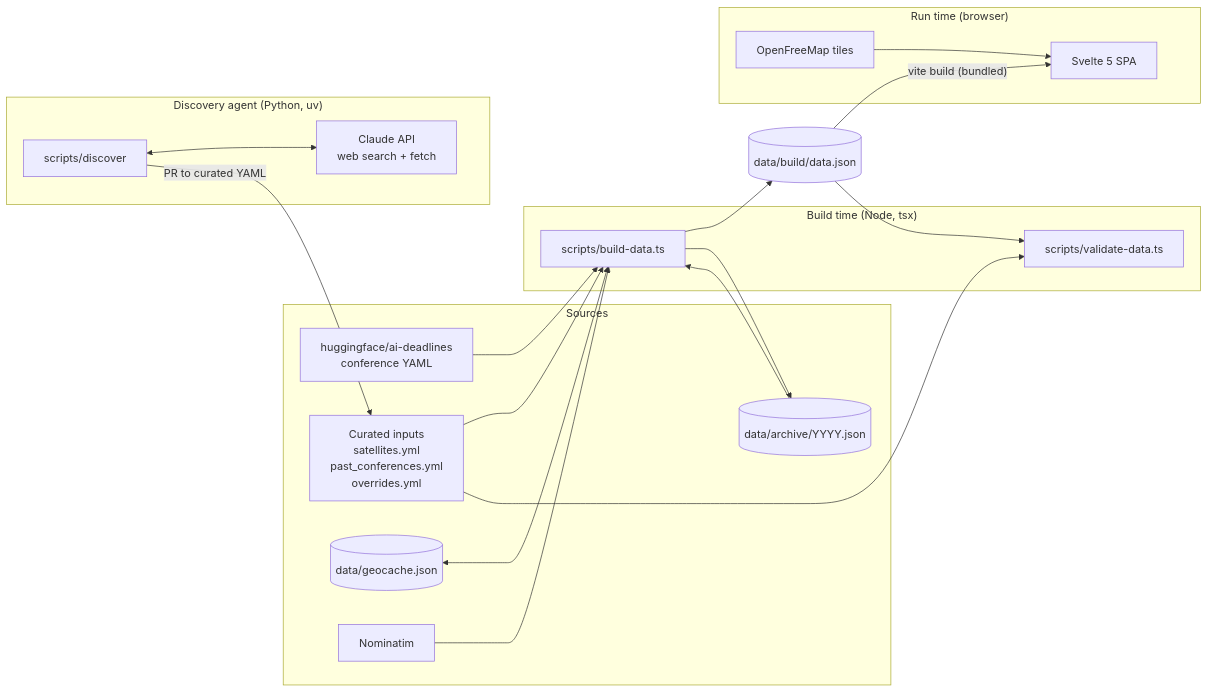
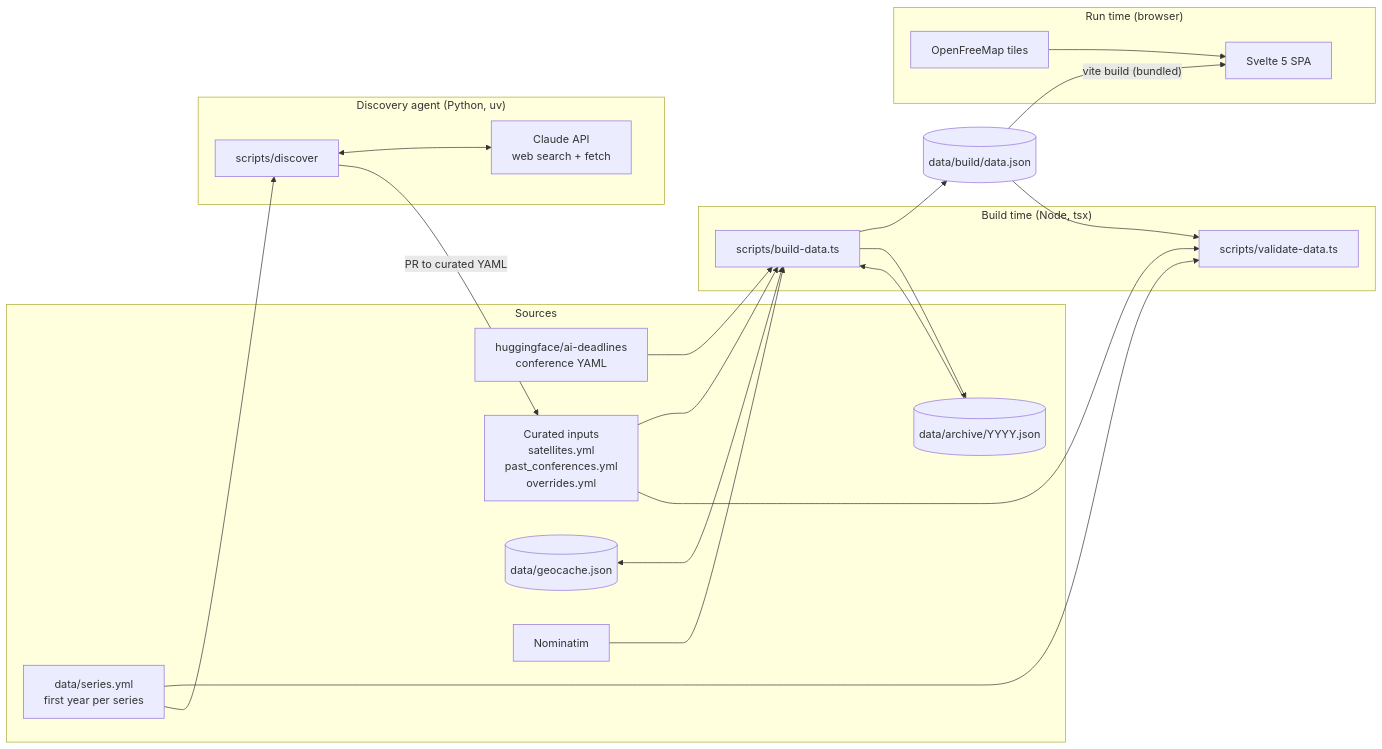
One commit to vict0rsch/confmaps changed the first of 5 diagrams in system-architecture.md. Above: the diagram before and after it, drawn with Mermaid. The commit also changed other lines of this file and 14 other files, not shown here.

First line of the commit message:
Series first years: data/series.yml and discover --since-creation

````diff
--- a/system-architecture.md
+++ b/system-architecture.md
@@ -28,41 +28,44 @@
 ```mermaid
 flowchart LR
   subgraph Sources
     HF[huggingface/ai-deadlines<br/>conference YAML]
     CUR[Curated inputs<br/>satellites.yml<br/>past_conferences.yml<br/>overrides.yml]
+    SER[data/series.yml<br/>first year per series]
     ARC[(data/archive/YYYY.json)]
     GC[(data/geocache.json)]
     NOM[Nominatim]
   end
 
   subgraph Build["Build time (Node, tsx)"]
     BD[scripts/build-data.ts]
     VD[scripts/validate-data.ts]
   end
 
   DJ[(data/build/data.json)]
 
   subgraph Agent["Discovery agent (Python, uv)"]
     DISC[scripts/discover]
     CL[Claude API<br/>web search + fetch]
   end
 
   subgraph App["Run time (browser)"]
     SPA[Svelte 5 SPA]
     TILES[OpenFreeMap tiles]
   end
 
   HF --> BD
   CUR --> BD
   ARC --> BD
   GC <--> BD
   NOM --> BD
   BD --> DJ
   BD --> ARC
   DJ --> VD
   CUR --> VD
+  SER --> VD
+  SER --> DISC
   DISC <--> CL
   DISC -- "PR to curated YAML" --> CUR
   DJ -- "vite build (bundled)" --> SPA
   TILES --> SPA
 ```
````
